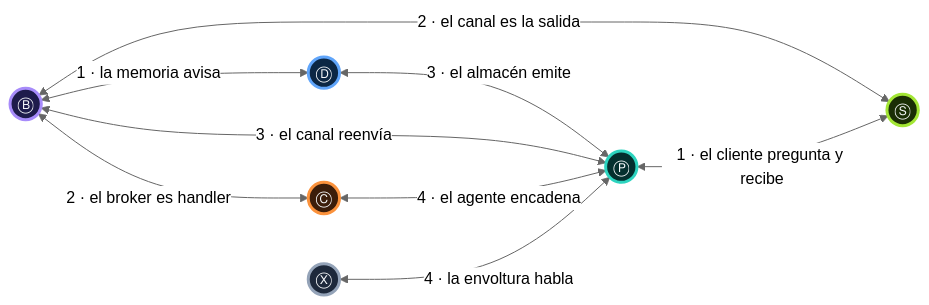
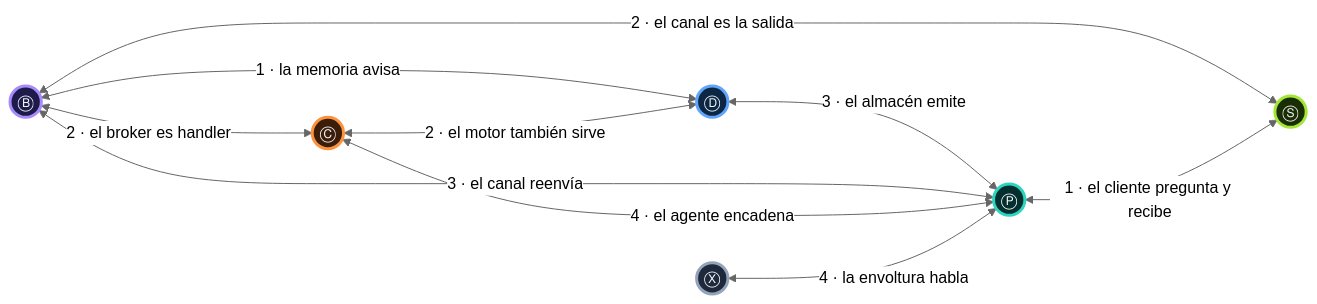
Before and after one commit to CristianSifuentes/QuickTheoryNET: the diagram in docs/10-un-servicio-muchos-papeles.md, drawn with Mermaid (neutral theme). The commit also changed other lines of this file and 20 other files, not shown here.

First line of the commit message:
Add Big Data, AI/MLOps and hybrid architectures with cloud comparisons

````diff
--- a/docs/10-un-servicio-muchos-papeles.md
+++ b/docs/10-un-servicio-muchos-papeles.md
@@ -47,23 +47,24 @@
 ```mermaid
 flowchart LR
     P(("Ⓟ")):::P
     B(("Ⓑ")):::B
     C(("Ⓒ")):::C
     D(("Ⓓ")):::D
     S(("Ⓢ")):::S
     X(("Ⓧ")):::X
     D <-->|"3 · el almacén emite"| P
     B <-->|"3 · el canal reenvía"| P
     B <-->|"2 · el broker es handler"| C
     C <-->|"4 · el agente encadena"| P
     B <-->|"2 · el canal es la salida"| S
     B <-->|"1 · la memoria avisa"| D
     P <-->|"1 · el cliente pregunta y recibe"| S
     X <-->|"4 · la envoltura habla"| P
+    C <-->|"2 · el motor también sirve"| D
     classDef P fill:#042F2E,stroke:#2DD4BF,color:#F8FAFC,stroke-width:3px
     classDef B fill:#1E1B4B,stroke:#A78BFA,color:#F8FAFC,stroke-width:3px
     classDef C fill:#3B1D0A,stroke:#FB923C,color:#F8FAFC,stroke-width:3px
     classDef D fill:#0C2744,stroke:#60A5FA,color:#F8FAFC,stroke-width:3px
     classDef S fill:#1A2E05,stroke:#A3E635,color:#F8FAFC,stroke-width:3px
     classDef X fill:#1E293B,stroke:#94A3B8,color:#F8FAFC,stroke-width:3px
 ```
````
